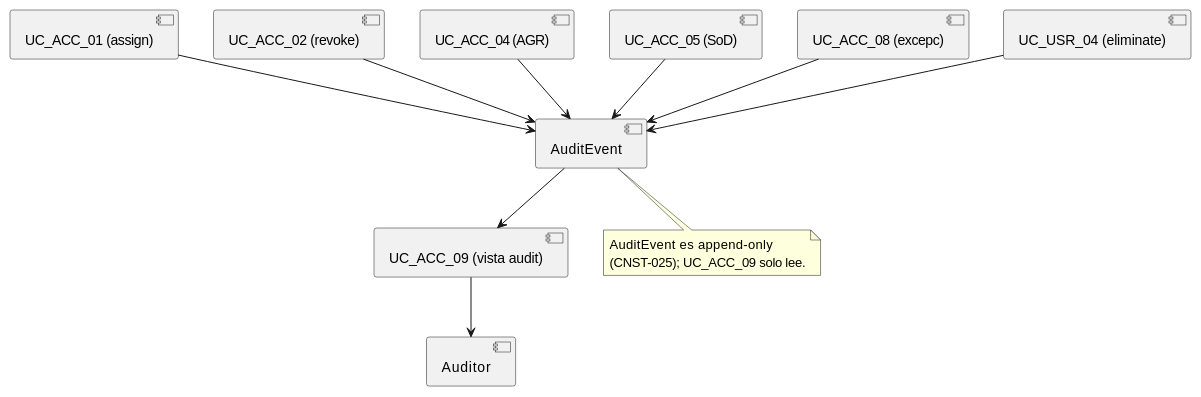
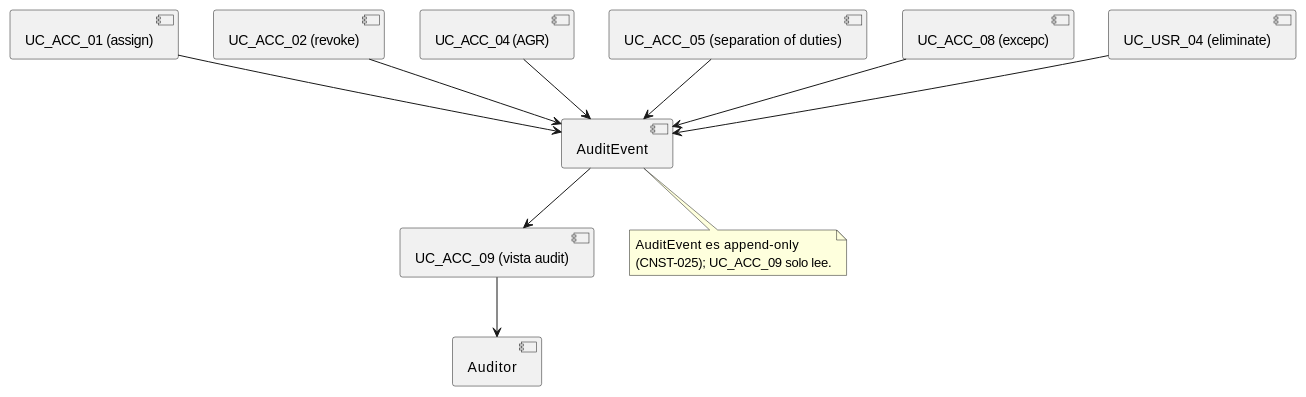
One commit to jcg-admin/IACT-docs changed the diagram in source/requisitos/casos-uso/access/uc-acc-09/diagramas-uml/diagrama-de-relaciones.rst. Above: the diagram before and after it, drawn with PlantUML. The commit also changed 148 other files, not shown here.

```diff
--- a/source/requisitos/casos-uso/access/uc-acc-09/diagramas-uml/diagrama-de-relaciones.rst
+++ b/source/requisitos/casos-uso/access/uc-acc-09/diagramas-uml/diagrama-de-relaciones.rst
@@ -4,21 +4,21 @@
 .. uml::
  :caption: UC_ACC_09 consume eventos de los
            UCs productores
 
  @startuml
 
  [UC_ACC_01 (assign)] --> [AuditEvent]
  [UC_ACC_02 (revoke)] --> [AuditEvent]
  [UC_ACC_04 (AGR)] --> [AuditEvent]
- [UC_ACC_05 (SoD)] --> [AuditEvent]
+ [UC_ACC_05 (separation of duties)] --> [AuditEvent]
  [UC_ACC_08 (excepc)] --> [AuditEvent]
  [UC_USR_04 (eliminate)] --> [AuditEvent]
  [AuditEvent] --> [UC_ACC_09 (vista audit)]
  [UC_ACC_09 (vista audit)] --> [Auditor]
 
  note bottom of [AuditEvent]
    AuditEvent es append-only
    (CNST-025); UC_ACC_09 solo lee.
  end note
 
  @enduml
```
